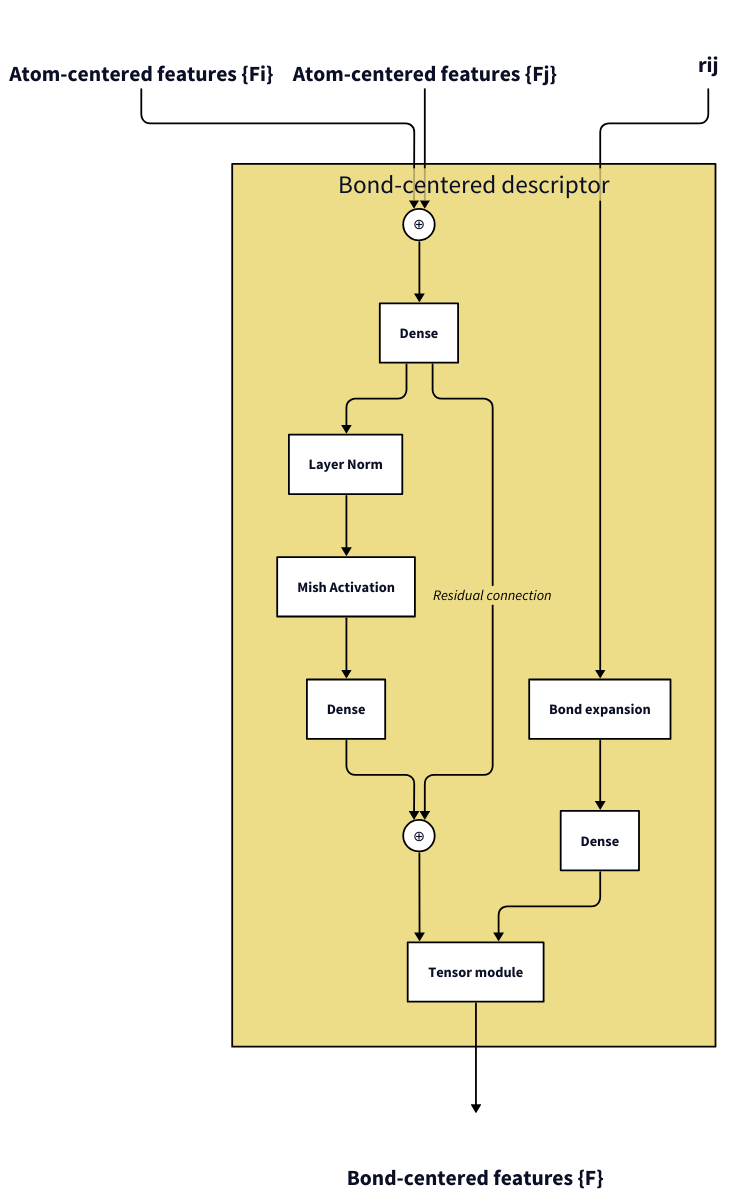
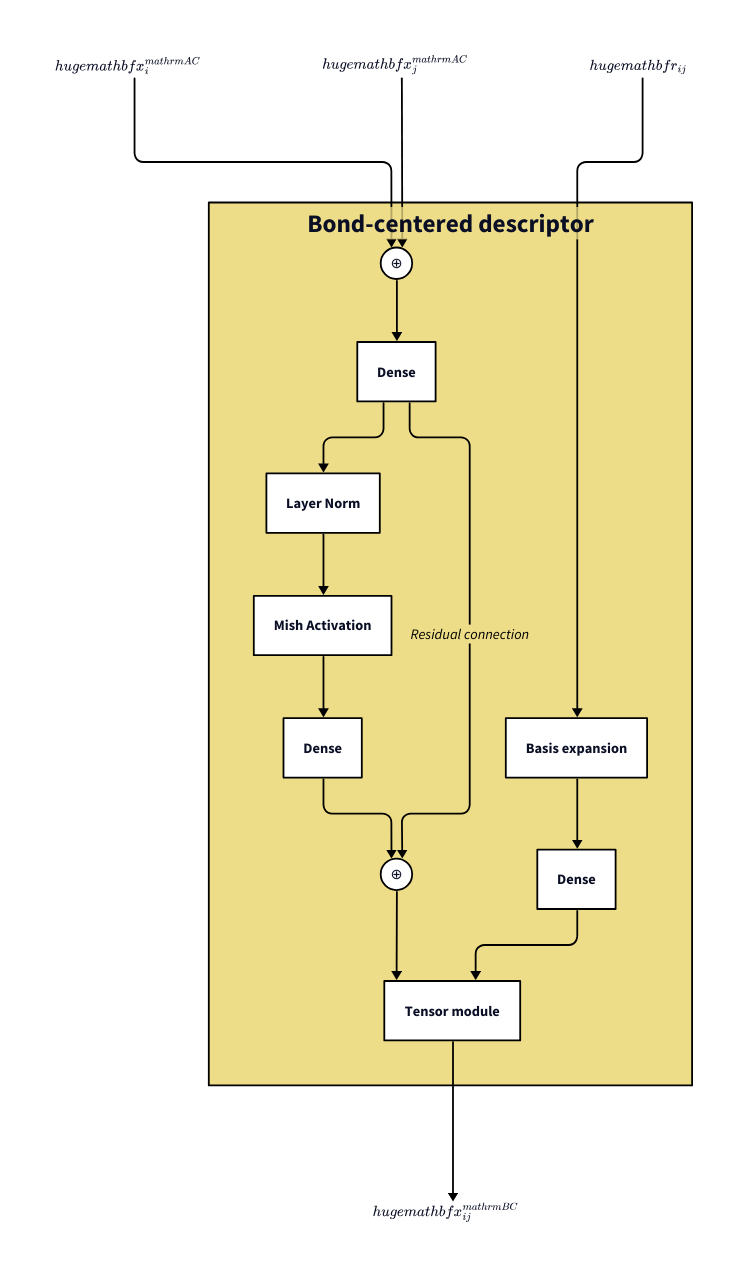
One commit to SamsungDS/gears_h changed the diagram in architecture_figures/3_bc.d2. Above: the diagram before and after it, drawn with D2. The commit also changed 5 other files, not shown here.

Commit message:
Update architecture figures

```diff
--- a/architecture_figures/3_bc.d2
+++ b/architecture_figures/3_bc.d2
@@ -1,109 +1,136 @@
-acfi: "Atom-centered features \{Fi\}" {class: empty;}# label.near: outside-top-center}
-acfj: "Atom-centered features \{Fj\}" {class: empty;}# label.near: outside-top-center}
-r: rij {class: empty}
-bcf: "Bond-centered features \{F\}" {class: empty; label.near: outside-top-center}
+acfi: {
+    label: ""
+    class: empty
+    equation: |latex
+        \huge{\mathbf{x}_i^{\mathrm{AC}}}
+    |
+}
+acfj: {
+    label: ""
+    class: empty
+    equation: |latex
+        \huge{\mathbf{x}_j^{\mathrm{AC}}}
+    |
+}
+
+# acfi: "Atom-centered features \{Fi\}" {class: empty;}# label.near: outside-top-center}
+# acfj: "Atom-centered features \{Fj\}" {class: empty;}# label.near: outside-top-center}
+r: {label: ""
+    equation: |latex
+        \huge{\mathbf{r}_{ij}}
+    |
+    class: empty}
+bcf: {
+    label: ""
+    class: empty
+    equation: |latex
+        \huge{\mathbf{x}_{ij}^{\mathrm{BC}}}
+    |
+}
 
 bc: Bond-centered descriptor {
     class: bc
     s1: ⊕ {class: operator}
     d1: Dense {class: in_module}
     ln: Layer Norm {class: in_module}
     mish: Mish Activation {class: in_module}
     d2: Dense {class: in_module}
     s1 -> d1 -> ln -> mish -> d2: {style: {stroke: "#000000"; font-color: black}}
     s2: ⊕ {class: operator}
     d1 -> s2: Residual connection {style: {stroke: "#000000"; font-color: black}}
     d2 -> s2: {style: {stroke: "#000000"; font-color: black}}
-    bond_exp: Bond expansion {class: in_module}
+    bond_exp: Basis expansion {class: in_module}
     d3be: Dense {class: in_module}
     bond_exp -> d3be: {style: {stroke: "#000000"; font-color: black}}
     tm: Tensor module {class: in_module}
     s2 -> tm: {style: {stroke: "#000000"; font-color: black}}
     d3be -> tm: {style: {stroke: "#000000"; font-color: black}}
 }
-acfi -> bc.s1: {style: {stroke: "#000000"; font-color: black}}
-acfj -> bc.s1: {style: {stroke: "#000000"; font-color: black}}
-r -> bc.bond_exp: {style: {stroke: "#000000"; font-color: black}}
-bc.tm -> bcf: {style: {stroke: "#000000"; font-color: black}}
+acfi.equation -> bc.s1: {style: {stroke: "#000000"; font-color: black}}
+acfj.equation -> bc.s1: {style: {stroke: "#000000"; font-color: black}}
+r.equation -> bc.bond_exp: {style: {stroke: "#000000"; font-color: black}}
+bc.tm -> bcf.equation: {style: {stroke: "#000000"; font-color: black}}
 
 classes: {
     operator: {shape: circle
                width: 35
                height: 35
                style: {fill: "#FFFFFF"
                        stroke: "#000000"
                     #    font: mono
                       }
     }
     empty: {
             # label: ""
             width: 50
             height: 50
             style: {
                 fill: transparent
                 stroke: transparent
                 font-size: 24
             }
     }
     sarb: {
         style: {
             fill: "#44BB99"
             stroke: "#000000"
         }
     }
     in_module: {
         style: {
             fill: "#FFFFFF"
             stroke: "#000000"
             # opacity: 0.5
         }
     }
     ac: {
         style: {
             fill: "#BBCC33"
             stroke: "#000000"
         }
     }
     bc: {
         style: {
             fill: "#EEDD88"
             stroke: "#000000"
+            bold: true
         }
     }
     rd: {
         style: {
             fill: "#EE8866"
             stroke: "#000000"
         }
     }
     ro: {
         style: {
             fill: "#FFAABB"
             stroke: "#000000"
         }
     }
     outs: {
         style: {
             fill: "#DDDDDD"
             stroke: "#000000"
             multiple: true
         }
     }
     input : {
         # label: ""
         width: 50
         height: 50
         style: {
             fill: "#99DDFF"
             stroke: "#000000"
             multiple: true
         }
     }
 }
 
 vars: {
     d2-config: {
       layout-engine: elk
+      pad: 10
     #   theme-id: 101
     }
 }
```
